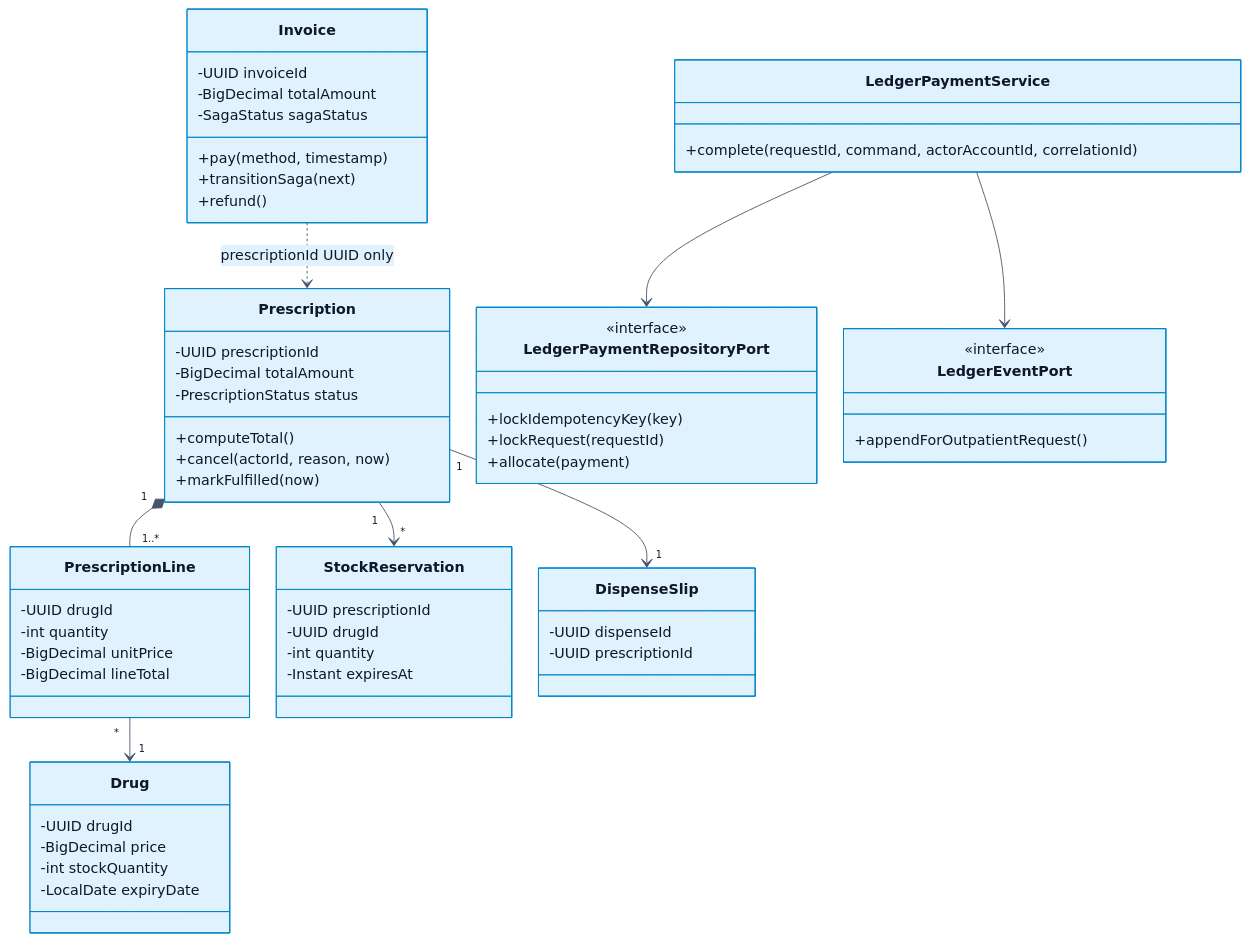
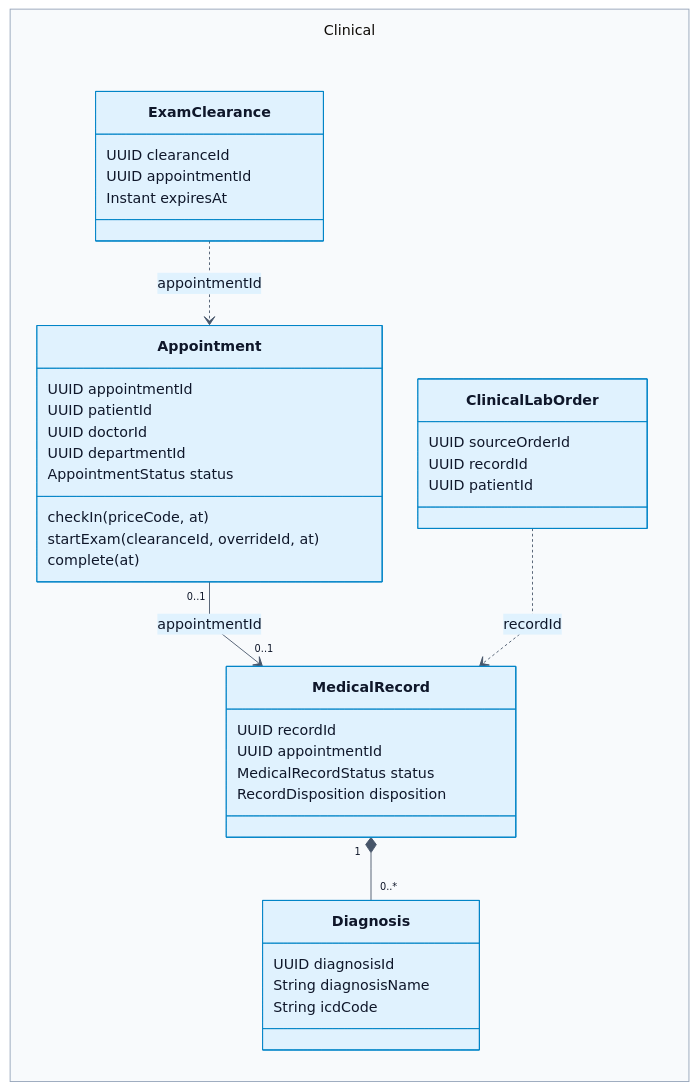
One commit to Dangvinh77/MediFlow changed diagram 21 of 41 in docs/monitor_proj_progress/02-giai-doan-2-thiet-ke-giao-dien-tieu-chuan/review-2/01-review-2-standard-en.md. Above: the diagram before and after it, drawn with Mermaid. The commit also changed other lines of this file and 896 other files, not shown here.

Commit message:
docs(review2): align diagrams with supervisor feedback

````diff
--- a/docs/monitor_proj_progress/02-giai-doan-2-thiet-ke-giao-dien-tieu-chuan/review-2/01-review-2-standard-en.md
+++ b/docs/monitor_proj_progress/02-giai-doan-2-thiet-ke-giao-dien-tieu-chuan/review-2/01-review-2-standard-en.md
@@ -1017,62 +1060,42 @@
 ```mermaid
-%%{init: {"theme": "base", "securityLevel": "loose", "fontFamily": "Arial, sans-serif", "themeVariables": {"primaryColor": "#e0f2fe", "primaryTextColor": "#0f172a", "primaryBorderColor": "#0284c7", "lineColor": "#475569", "secondaryColor": "#ccfbf1", "tertiaryColor": "#f1f5f9", "background": "#ffffff", "mainBkg": "#e0f2fe", "nodeBorder": "#0284c7", "clusterBkg": "#f8fafc", "clusterBorder": "#94a3b8", "actorBkg": "#e0f2fe", "actorBorder": "#0284c7", "actorTextColor": "#0f172a", "signalColor": "#475569", "signalTextColor": "#0f172a", "labelBoxBkgColor": "#f1f5f9", "labelBoxBorderColor": "#94a3b8", "activationBkgColor": "#ccfbf1", "activationBorderColor": "#0f766e", "sequenceNumberColor": "#ffffff", "attributeBackgroundColorOdd": "#ffffff", "attributeBackgroundColorEven": "#f0f9ff"}, "flowchart": {"htmlLabels": true, "curve": "basis", "nodeSpacing": 30, "rankSpacing": 50}, "sequence": {"useMaxWidth": true, "wrap": true}, "er": {"useMaxWidth": true}}}%%
+%%{init: {"theme": "base", "securityLevel": "loose", "fontFamily": "Arial, sans-serif", "themeVariables": {"primaryColor": "#e0f2fe", "primaryTextColor": "#0f172a", "primaryBorderColor": "#0284c7", "lineColor": "#475569", "secondaryColor": "#ccfbf1", "tertiaryColor": "#f1f5f9", "background": "#ffffff", "mainBkg": "#e0f2fe", "nodeBorder": "#0284c7", "clusterBkg": "#f8fafc", "clusterBorder": "#94a3b8", "actorBkg": "#e0f2fe", "actorBorder": "#0284c7", "actorTextColor": "#0f172a", "signalColor": "#475569", "signalTextColor": "#0f172a", "labelBoxBkgColor": "#f1f5f9", "labelBoxBorderColor": "#94a3b8", "activationBkgColor": "#ccfbf1", "activationBorderColor": "#0f766e", "sequenceNumberColor": "#ffffff", "attributeBackgroundColorOdd": "#ffffff", "attributeBackgroundColorEven": "#f0f9ff"}, "flowchart": {"htmlLabels": true, "curve": "linear", "nodeSpacing": 40, "rankSpacing": 46, "subGraphTitleMargin": {"top": 12, "bottom": 45}}, "sequence": {"useMaxWidth": true, "wrap": true, "actorMargin": 55, "width": 175, "messageMargin": 30, "mirrorActors": false}, "er": {"useMaxWidth": true}, "maxTextSize": 2000000, "class": {"nodeSpacing": 30, "rankSpacing": 55}}}%%
 classDiagram
- class Drug {
- -UUID drugId
- -BigDecimal price
- -int stockQuantity
- -LocalDate expiryDate
+ direction LR
+ namespace Clinical {
+  class Appointment {
+   UUID appointmentId
+   UUID patientId
+   UUID doctorId
+   UUID departmentId
+   AppointmentStatus status
+   checkIn(priceCode, at)
+   startExam(clearanceId, overrideId, at)
+   complete(at)
+  }
+  class MedicalRecord {
+   UUID recordId
+   UUID appointmentId
+   MedicalRecordStatus status
+   RecordDisposition disposition
+  }
+  class Diagnosis {
+   UUID diagnosisId
+   String diagnosisName
+   String icdCode
+  }
+  class ClinicalLabOrder {
+   UUID sourceOrderId
+   UUID recordId
+   UUID patientId
+  }
+  class ExamClearance {
+   UUID clearanceId
+   UUID appointmentId
+   Instant expiresAt
+  }
  }
- class Prescription {
- -UUID prescriptionId
- -BigDecimal totalAmount
- -PrescriptionStatus status
- +computeTotal()
- +cancel(actorId, reason, now)
- +markFulfilled(now)
- }
- class PrescriptionLine {
- -UUID drugId
- -int quantity
- -BigDecimal unitPrice
- -BigDecimal lineTotal
- }
- class StockReservation {
- -UUID prescriptionId
- -UUID drugId
- -int quantity
- -Instant expiresAt
- }
- class DispenseSlip {
- -UUID dispenseId
- -UUID prescriptionId
- }
- class Invoice {
- -UUID invoiceId
- -BigDecimal totalAmount
- -SagaStatus sagaStatus
- +pay(method, timestamp)
- +transitionSaga(next)
- +refund()
- }
- class LedgerPaymentService {
- +complete(requestId, command, actorAccountId, correlationId)
- }
- class LedgerPaymentRepositoryPort {
- <<interface>>
- +lockIdempotencyKey(key)
- +lockRequest(requestId)
- +allocate(payment)
- }
- class LedgerEventPort {
- <<interface>>
- +appendForOutpatientRequest()
- }
- Prescription "1" *-- "1..*" PrescriptionLine
- PrescriptionLine "*" --> "1" Drug
- Prescription "1" --> "*" StockReservation
- Prescription "1" --> "1" DispenseSlip
- Invoice ..> Prescription : prescriptionId UUID only
- LedgerPaymentService --> LedgerPaymentRepositoryPort
- LedgerPaymentService --> LedgerEventPort
+ Appointment "0..1" --> "0..1" MedicalRecord : appointmentId
+ MedicalRecord "1" *-- "0..*" Diagnosis
+ ClinicalLabOrder ..> MedicalRecord : recordId
+ ExamClearance ..> Appointment : appointmentId
 ```
````
